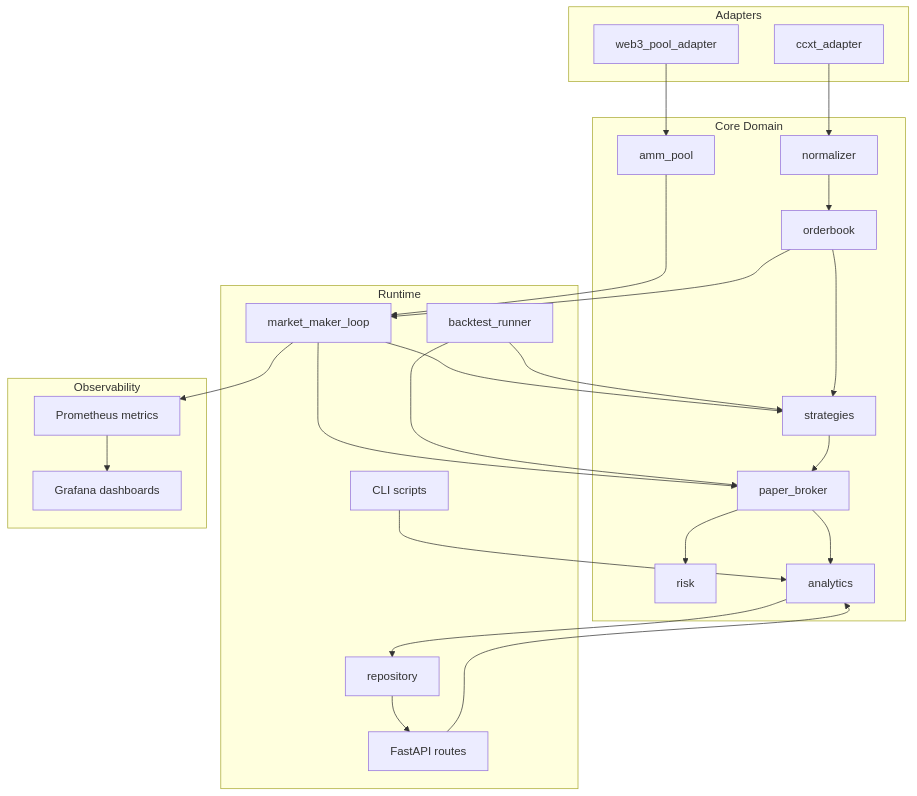
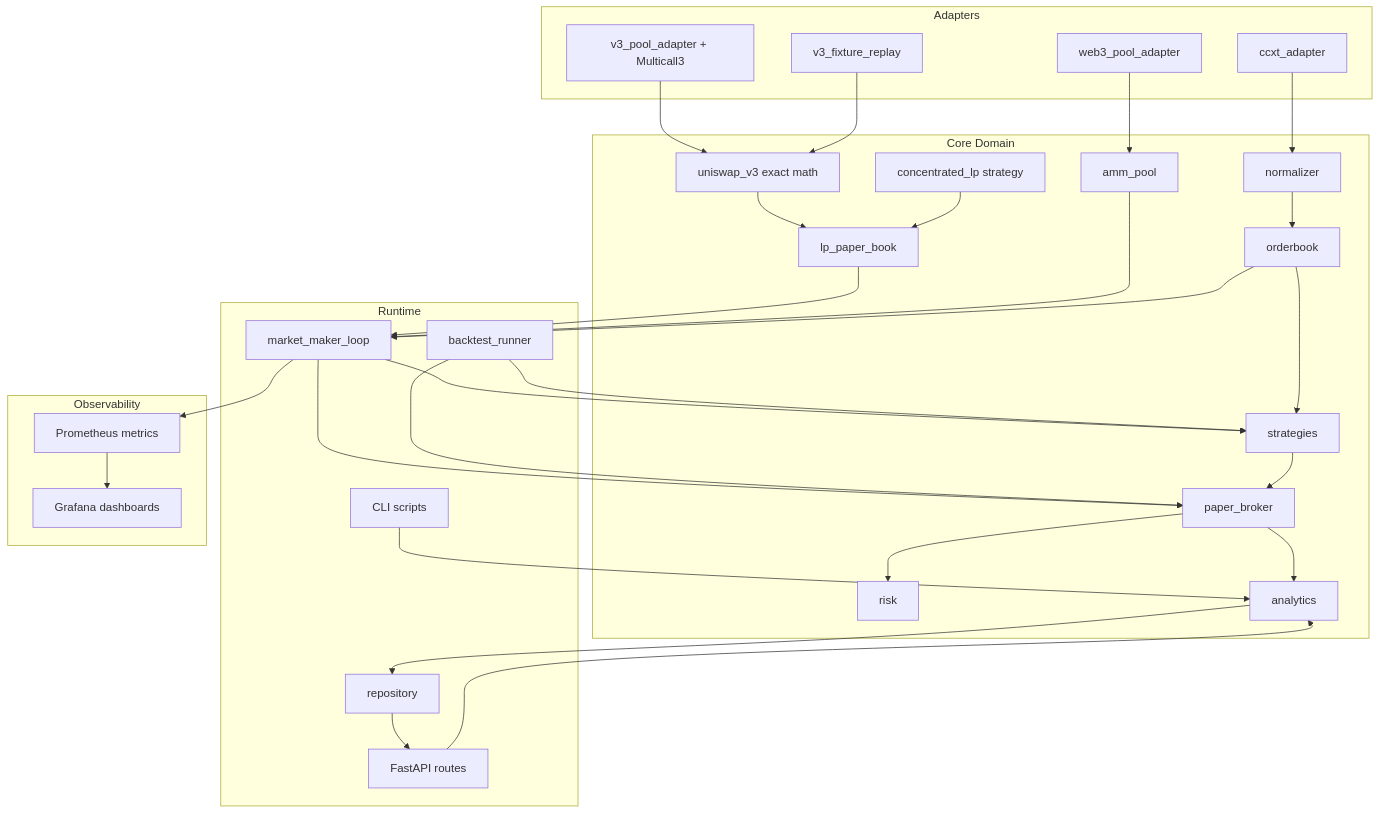
One commit to hudsonferraz/crypto-mm-lab changed the diagram in docs/architecture.md. Above: the diagram before and after it, drawn with Mermaid. The commit also changed other lines of this file and 65 other files, not shown here.

First line of the commit message:
feat: add exact Uniswap V3 pool reader and paper concentrated-liquidity LP book

````diff
--- a/docs/architecture.md
+++ b/docs/architecture.md
@@ -7,48 +7,58 @@
 ```mermaid
 flowchart TB
   subgraph adapters [Adapters]
     CCXT[ccxt_adapter]
     Web3[web3_pool_adapter]
+    V3A[v3_pool_adapter + Multicall3]
+    V3R[v3_fixture_replay]
   end
 
   subgraph core [Core Domain]
     Norm[normalizer]
     OB[orderbook]
     AMM[amm_pool]
+    V3M[uniswap_v3 exact math]
+    LPS[concentrated_lp strategy]
+    LPB[lp_paper_book]
     Strat[strategies]
     Exec[paper_broker]
     Risk[risk]
     Analytics[analytics]
   end
 
   subgraph runtime [Runtime]
     Loop[market_maker_loop]
     Backtest[backtest_runner]
     API[FastAPI routes]
     CLI[CLI scripts]
     Repo[repository]
   end
 
   subgraph observability [Observability]
     Prom[Prometheus metrics]
     Graf[Grafana dashboards]
   end
 
   CCXT --> Norm --> OB
   Web3 --> AMM
+  V3A --> V3M
+  V3R --> V3M
+  V3M --> LPB
+  LPS --> LPB
+  LPB --> Loop
   OB --> Strat --> Exec
   AMM --> Loop
   OB --> Loop
   Exec --> Risk
   Exec --> Analytics
   Analytics --> Repo
   Loop --> Strat
   Loop --> Exec
   Loop --> Prom
   Backtest --> Strat
   Backtest --> Exec
   API --> Analytics
   CLI --> Analytics
   Repo --> API
   Prom --> Graf
 ```
````
